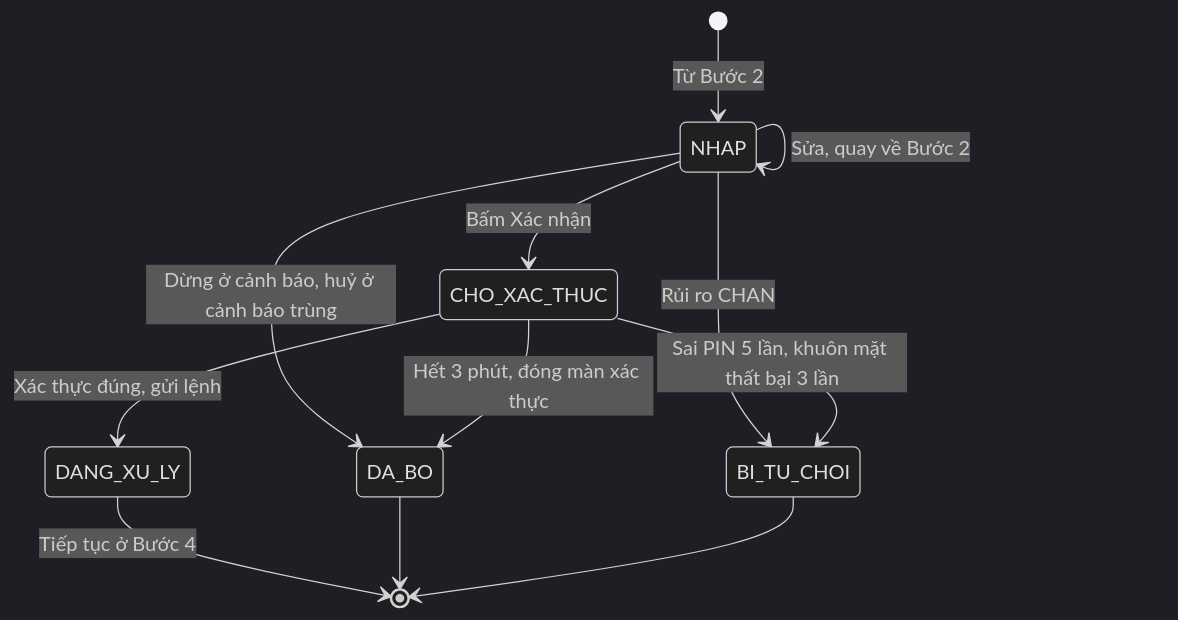
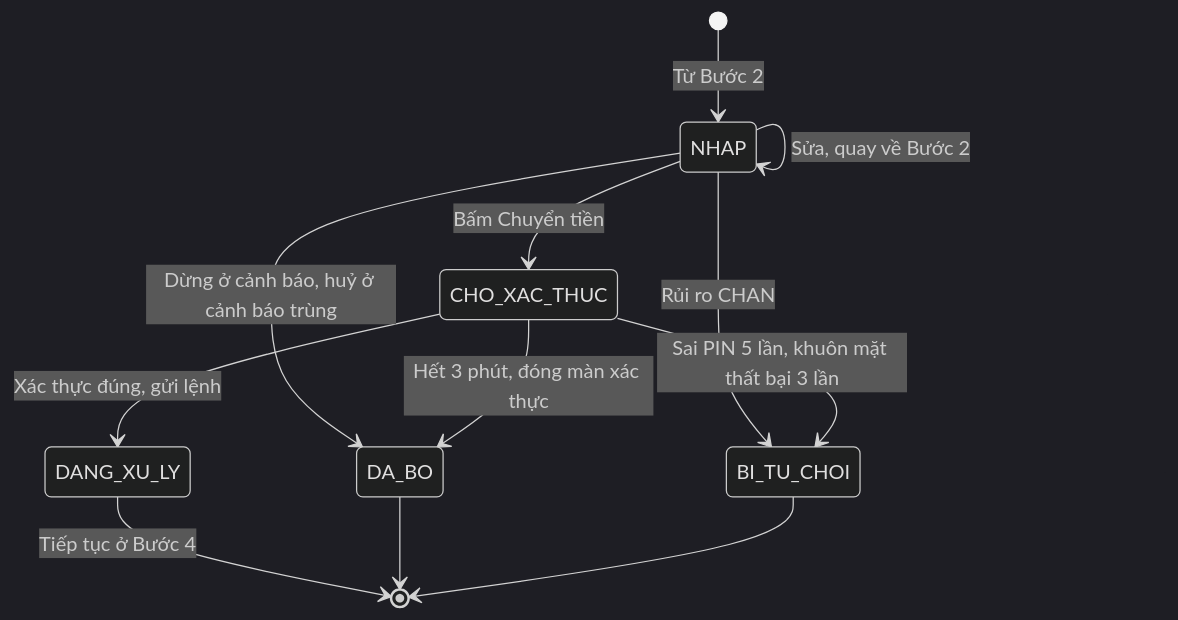
One commit to uxfoundation-vn/de04-chuyen-khoan-qr changed the third of 13 diagrams in docs/SRS.md. Above: the diagram before and after it, drawn with Mermaid (dark theme). The commit also changed other lines of this file and 2 other files, not shown here.

First line of the commit message:
Đề 4: bấm Xác nhận ở màn chọn số tiền rồi mới xem lại giao dịch

````diff
--- a/docs/SRS.md
+++ b/docs/SRS.md
@@ -157,14 +157,14 @@
 ```mermaid
 stateDiagram-v2
   [*] --> NHAP : Từ Bước 2
   NHAP --> NHAP : Sửa, quay về Bước 2
   NHAP --> DA_BO : Dừng ở cảnh báo, huỷ ở cảnh báo trùng
   NHAP --> BI_TU_CHOI : Rủi ro CHAN
-  NHAP --> CHO_XAC_THUC : Bấm Xác nhận
+  NHAP --> CHO_XAC_THUC : Bấm Chuyển tiền
   CHO_XAC_THUC --> DA_BO : Hết 3 phút, đóng màn xác thực
   CHO_XAC_THUC --> BI_TU_CHOI : Sai PIN 5 lần, khuôn mặt thất bại 3 lần
   CHO_XAC_THUC --> DANG_XU_LY : Xác thực đúng, gửi lệnh
   DANG_XU_LY --> [*] : Tiếp tục ở Bước 4
   DA_BO --> [*]
   BI_TU_CHOI --> [*]
 ```
````
